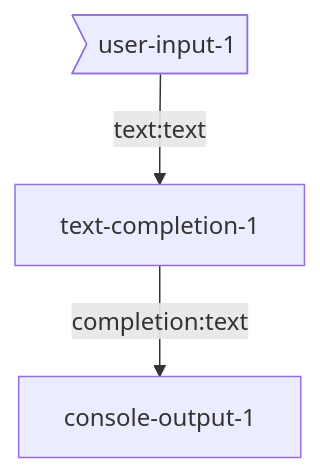
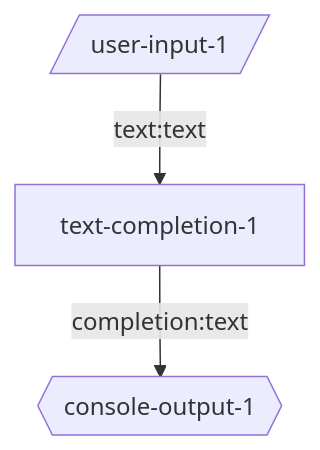
The diagram in seeds/graph-playground/docs/graphs/simplest.md (breadboard-ai/breadboard), drawn with Mermaid before and after one commit. The commit also changed 11 other files, not shown here.

Commit message:
[graph-playground] Update diagrams.

````diff
--- a/seeds/graph-playground/docs/graphs/simplest.md
+++ b/seeds/graph-playground/docs/graphs/simplest.md
@@ -4,5 +4,5 @@
 ```mermaid
 graph TD;
-user-input-1>user-input-1] -- text:text --> text-completion-1
-text-completion-1 -- completion:text --> console-output-1
+user-input-1[/user-input-1/] -- text:text --> text-completion-1
+text-completion-1 -- completion:text --> console-output-1{{console-output-1}}
 ```
````
